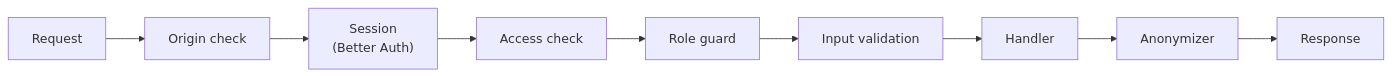
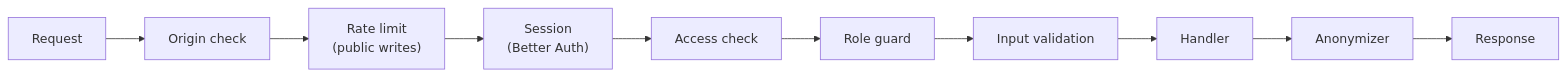
One commit to Fringhian/fpr changed the diagram in docs/architecture/api.md. Above: the diagram before and after it, drawn with Mermaid. The commit also changed other lines of this file and 3 other files, not shown here.

Commit message:
docs: describe the access routes and the public writes' rate limit

````diff
--- a/docs/architecture/api.md
+++ b/docs/architecture/api.md
@@ -44,11 +44,12 @@
 ```mermaid
 flowchart LR
     Req["Request"] --> Origin["Origin check"]
-    Origin --> Session["Session<br/>(Better Auth)"]
+    Origin --> Limit["Rate limit<br/>(public writes)"]
+    Limit --> Session["Session<br/>(Better Auth)"]
     Session --> Access["Access check"]
     Access --> Role["Role guard"]
     Role --> Valid["Input validation"]
     Valid --> Handler["Handler"]
     Handler --> Anon["Anonymizer"]
     Anon --> Res["Response"]
 ```
````
